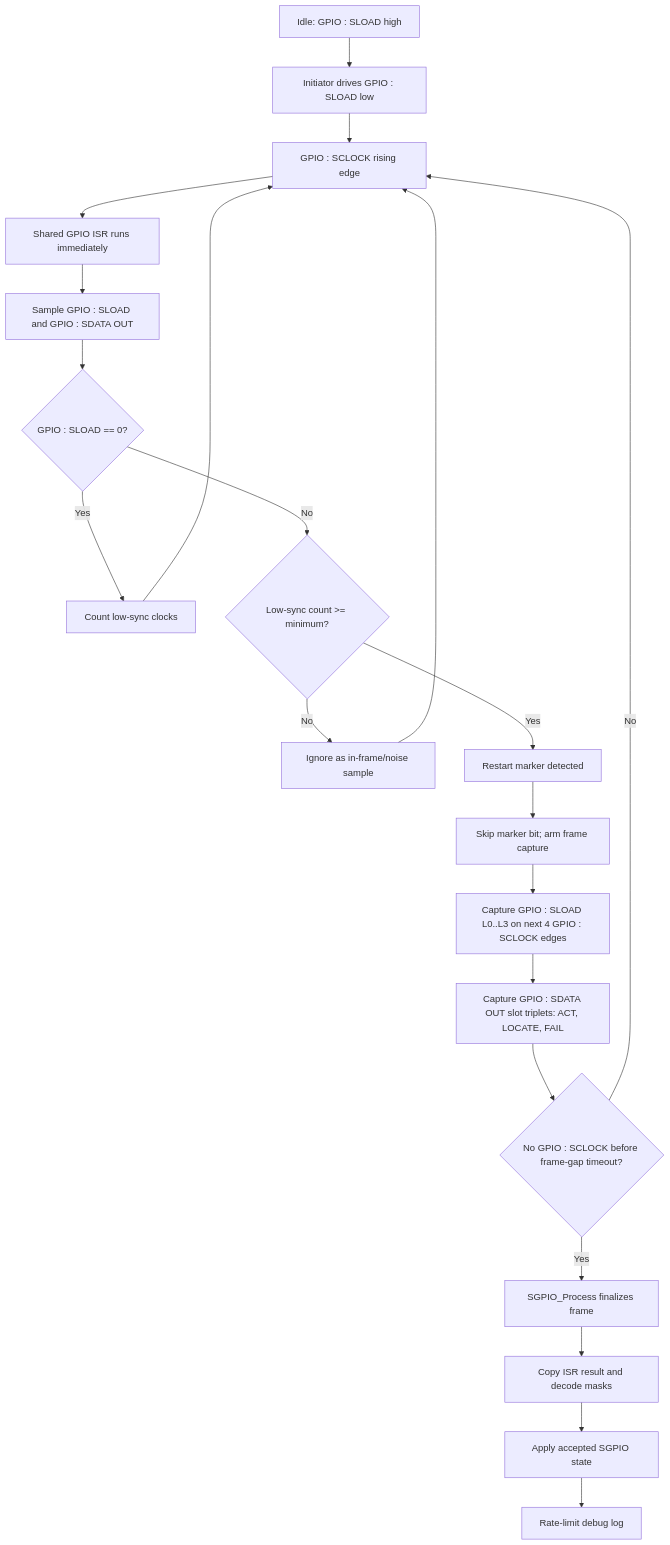
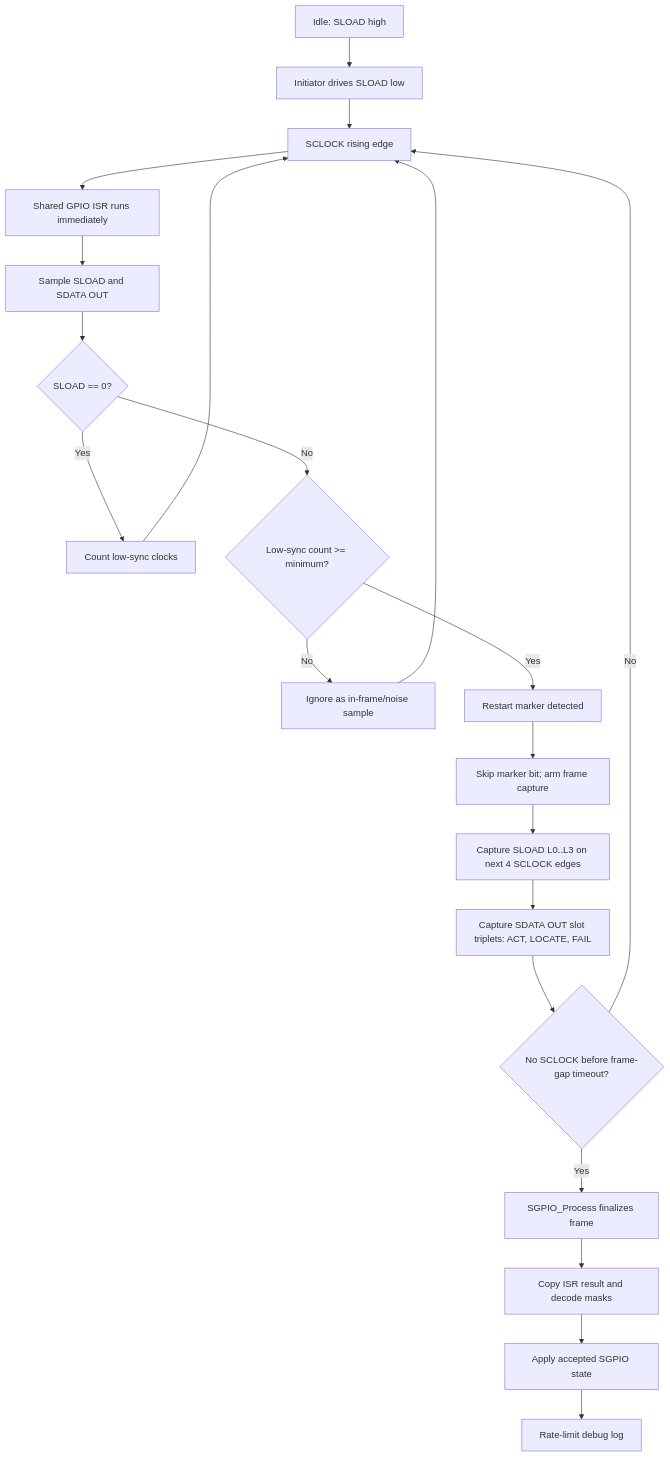
Before and after one commit to released/M031BSP_Software_SGPIO_I2C_Slave: the fourth of 4 diagrams in README.md, drawn with Mermaid. The commit also changed other lines of this file and 1 other file, not shown here.

````diff
--- a/README.md
+++ b/README.md
@@ -327,23 +325,23 @@
 ```mermaid
 flowchart TD
-    A["Idle: GPIO : SLOAD high"] --> B["Initiator drives GPIO : SLOAD low"]
-    B --> C["GPIO : SCLOCK rising edge"]
+    A["Idle: SLOAD high"] --> B["Initiator drives SLOAD low"]
+    B --> C["SCLOCK rising edge"]
     C --> D["Shared GPIO ISR runs immediately"]
-    D --> E["Sample GPIO : SLOAD and GPIO : SDATA OUT"]
-    E --> F{"GPIO : SLOAD == 0?"}
+    D --> E["Sample SLOAD and SDATA OUT"]
+    E --> F{"SLOAD == 0?"}
     F -->|Yes| G["Count low-sync clocks"]
     G --> C
     F -->|No| H{"Low-sync count >= minimum?"}
     H -->|No| I["Ignore as in-frame/noise sample"]
     I --> C
     H -->|Yes| J["Restart marker detected"]
     J --> K["Skip marker bit; arm frame capture"]
-    K --> L["Capture GPIO : SLOAD L0..L3 on next 4 GPIO : SCLOCK edges"]
-    L --> M["Capture GPIO : SDATA OUT slot triplets: ACT, LOCATE, FAIL"]
-    M --> N{"No GPIO : SCLOCK before frame-gap timeout?"}
+    K --> L["Capture SLOAD L0..L3 on next 4 SCLOCK edges"]
+    L --> M["Capture SDATA OUT slot triplets: ACT, LOCATE, FAIL"]
+    M --> N{"No SCLOCK before frame-gap timeout?"}
     N -->|No| C
     N -->|Yes| O["SGPIO_Process finalizes frame"]
     O --> P["Copy ISR result and decode masks"]
     P --> Q["Apply accepted SGPIO state"]
     Q --> R["Rate-limit debug log"]
 ```
````
